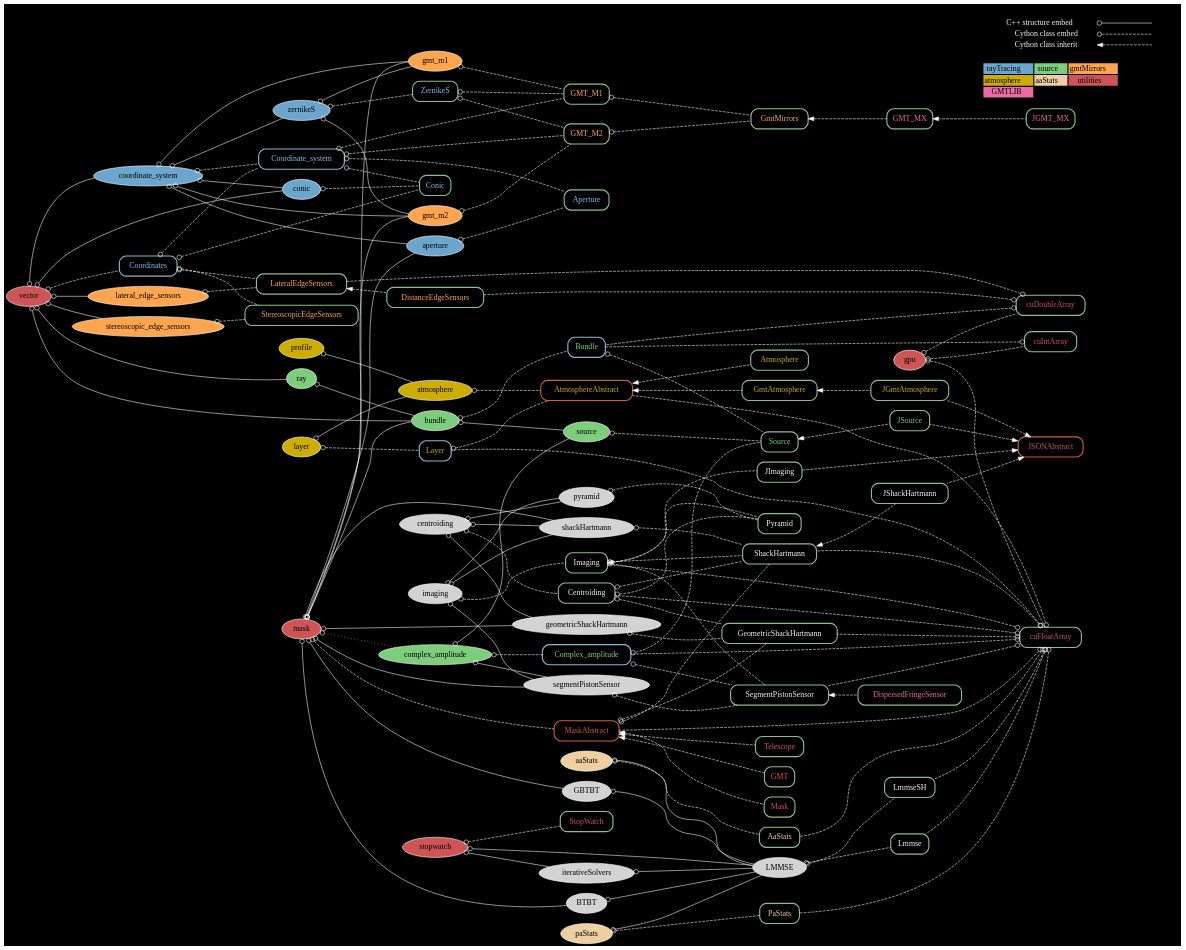
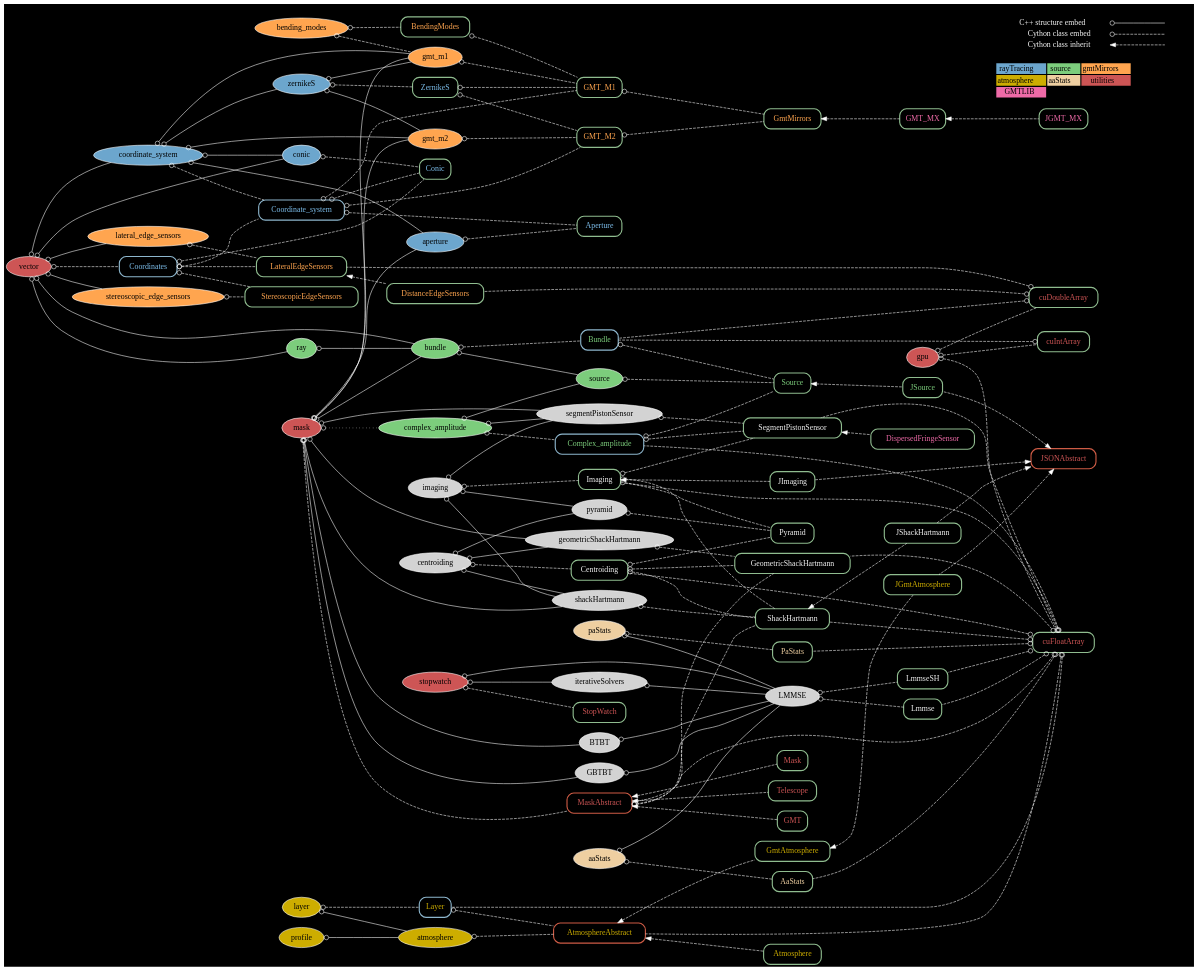
The diagram in graph/ceo.dot (rconan/CEO), drawn with Graphviz before and after one commit. The commit also changed 2 other files, not shown here.

Commit message:
SPIE2016 WITH BENDING MODES

```diff
--- a/graph/ceo.dot
+++ b/graph/ceo.dot
@@ -27,7 +27,7 @@
 gmt_m2;
 stereoscopic_edge_sensors;
 lateral_edge_sensors;
-}
+bending_modes}
 
 {
 node[fillcolor=gold3]
@@ -123,7 +123,7 @@
 StereoscopicEdgeSensors;
 LateralEdgeSensors;
 DistanceEdgeSensors;
-}
+BendingModes}
 
 {
 node[fontcolor=gold3]
@@ -173,7 +173,8 @@
 
 segmentPistonSensor -> SegmentPistonSensor;
 
-gmt_m1 -> GMT_M1;
+bending_modes -> BendingModes;
+bending_modes -> gmt_m1 -> GMT_M1;
 gmt_m2 -> GMT_M2;
 
 {aperture; Coordinate_system;} -> Aperture;
@@ -182,7 +183,7 @@
 zernikeS -> ZernikeS;
 ZernikeS -> GMT_M1;
 ZernikeS -> GMT_M2;
-GMT_M1 -> GmtMirrors[label="M1"];
+BendingModes -> GMT_M1 -> GmtMirrors[label="M1"];
 GMT_M2 -> GmtMirrors[label="M2"];
 Coordinate_system[color=lightskyblue3];
 coordinate_system -> Coordinate_system;
```
